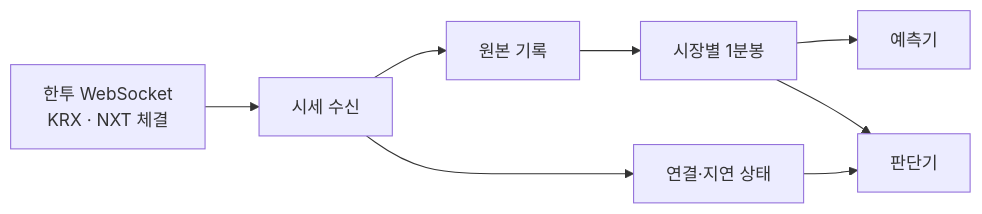
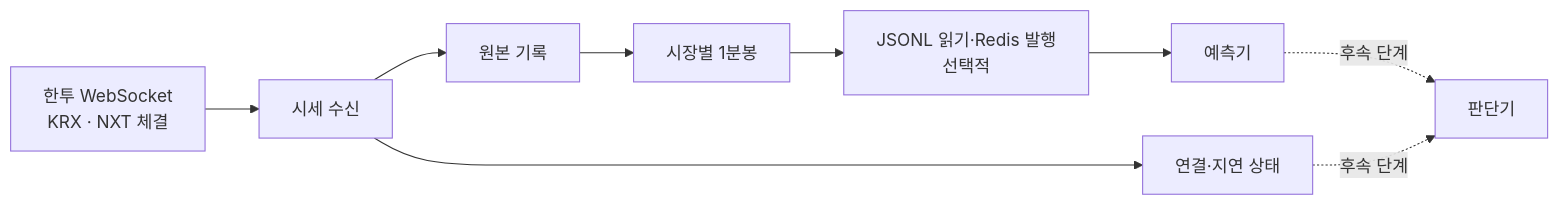
The first of 3 diagrams in docs/lld/01-market-data.md (ShinYEB/Auto-helm), drawn with Mermaid before and after one commit. The commit also changed other lines of this file and 1 other file, not shown here.

Commit message:
Clarify market data pipeline and add blog diagram

````diff
--- a/docs/lld/01-market-data.md
+++ b/docs/lld/01-market-data.md
@@ -13,10 +15,11 @@
 ```mermaid
 flowchart LR
     KIS["한투 WebSocket<br/>KRX · NXT 체결"] --> REC["시세 수신"]
     REC --> RAW["원본 기록"]
     RAW --> BAR["시장별 1분봉"]
-    BAR --> PRED["예측기"]
-    BAR --> DEC["판단기"]
+    BAR --> PUB["JSONL 읽기·Redis 발행<br/>선택적"]
+    PUB --> PRED["예측기"]
+    PRED -. "후속 단계" .-> DEC["판단기"]
     REC --> HEALTH["연결·지연 상태"]
-    HEALTH --> DEC
+    HEALTH -. "후속 단계" .-> DEC
 ```
````
